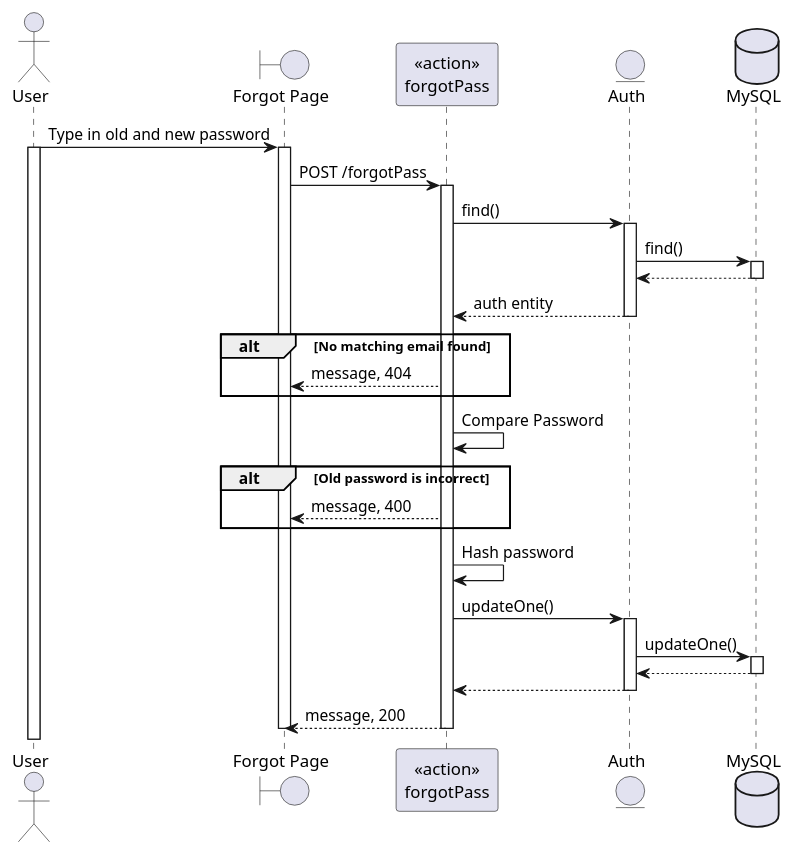
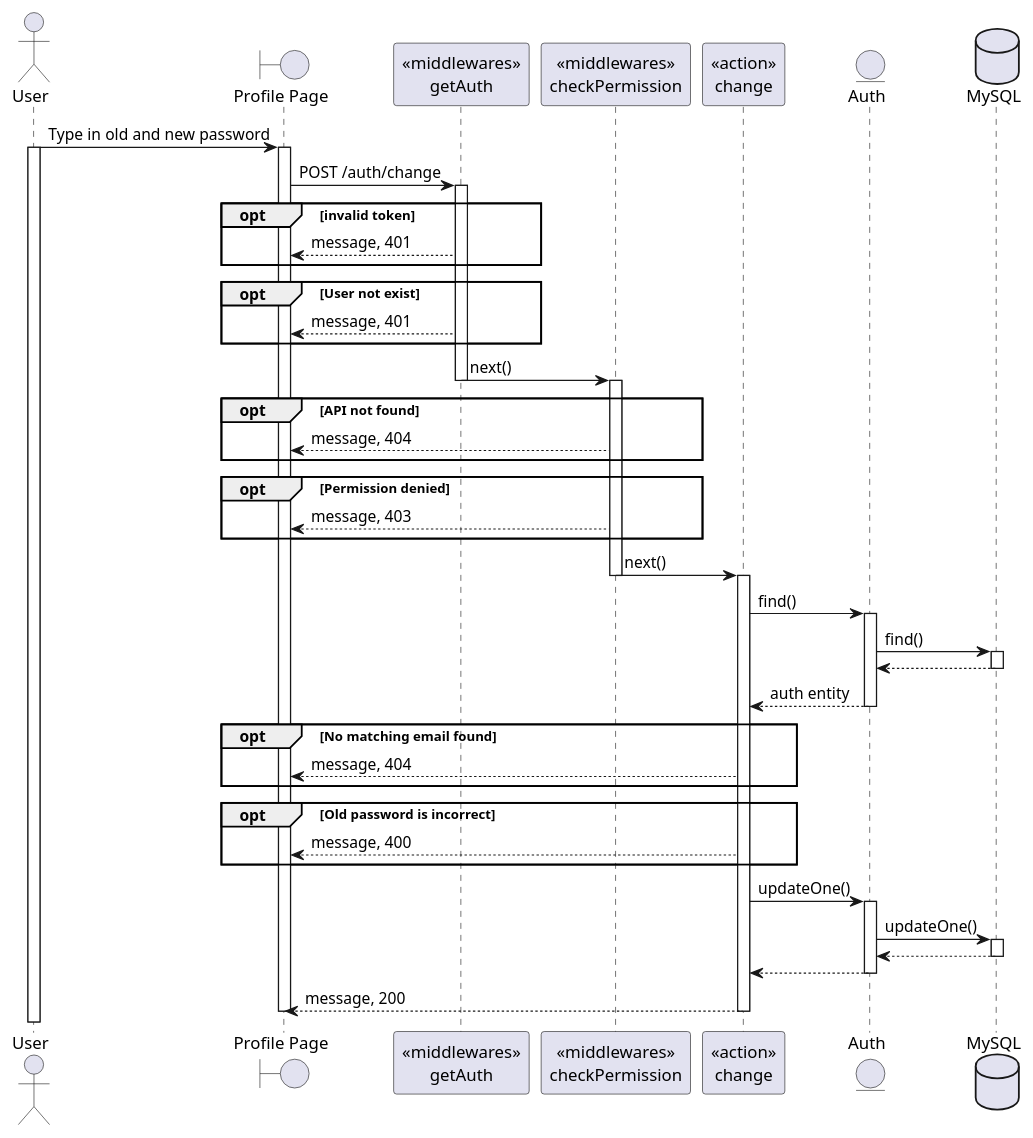
Before and after one commit to BunnyButtpowder/TeleLink-Original: the diagram in SequeceDiagram/auth/changePassword.wsd, drawn with PlantUML. The commit also changed 13 other files, not shown here.

Commit message:
sequence diagram

```diff
--- a/SequeceDiagram/auth/changePassword.wsd
+++ b/SequeceDiagram/auth/changePassword.wsd
@@ -1,46 +1,63 @@
 @startuml
 actor User
-boundary "Forgot Page" as Client
-participant "<<action>>\nforgotPass" as Controller
+boundary "Profile Page" as Client
+participant "<<middlewares>>\ngetAuth" as mid1
+participant "<<middlewares>>\ncheckPermission" as mid2
+participant "<<action>>\nchange" as Controller
 entity "Auth" as Model
 database "MySQL" as DB
 
 User -> Client: Type in old and new password
 activate User
 activate Client
-
-Client -> Controller: POST /forgotPass
+Client -> mid1: POST /auth/change
+activate mid1
+opt invalid token
+    mid1 --> Client: message, 401
+end
+opt User not exist
+    mid1 --> Client: message, 401
+end
+mid1 -> mid2: next()
+deactivate mid1
+activate mid2
+opt API not found
+    mid2 --> Client: message, 404
+end
+opt Permission denied
+    mid2 --> Client: message, 403
+end
+mid2 -> Controller: next()
+deactivate mid2
 activate Controller
 Controller -> Model: find()
 activate Model
 Model -> DB: find()
 activate DB
 DB --> Model
 deactivate DB
 Model --> Controller: auth entity
 deactivate Model
-alt No matching email found
+opt No matching email found
     Controller --> Client: message, 404
 end
-Controller -> Controller: Compare Password
-alt Old password is incorrect
+opt Old password is incorrect
     Controller --> Client: message, 400
 end
-Controller -> Controller: Hash password
 Controller -> Model: updateOne()
 activate Model
 Model -> DB: updateOne()
 activate DB
 DB --> Model
 deactivate DB
 Model --> Controller
 deactivate Model
 Controller --> Client: message, 200
 deactivate Controller
     
 deactivate Client
 
 
 
 
 @enduml
```
